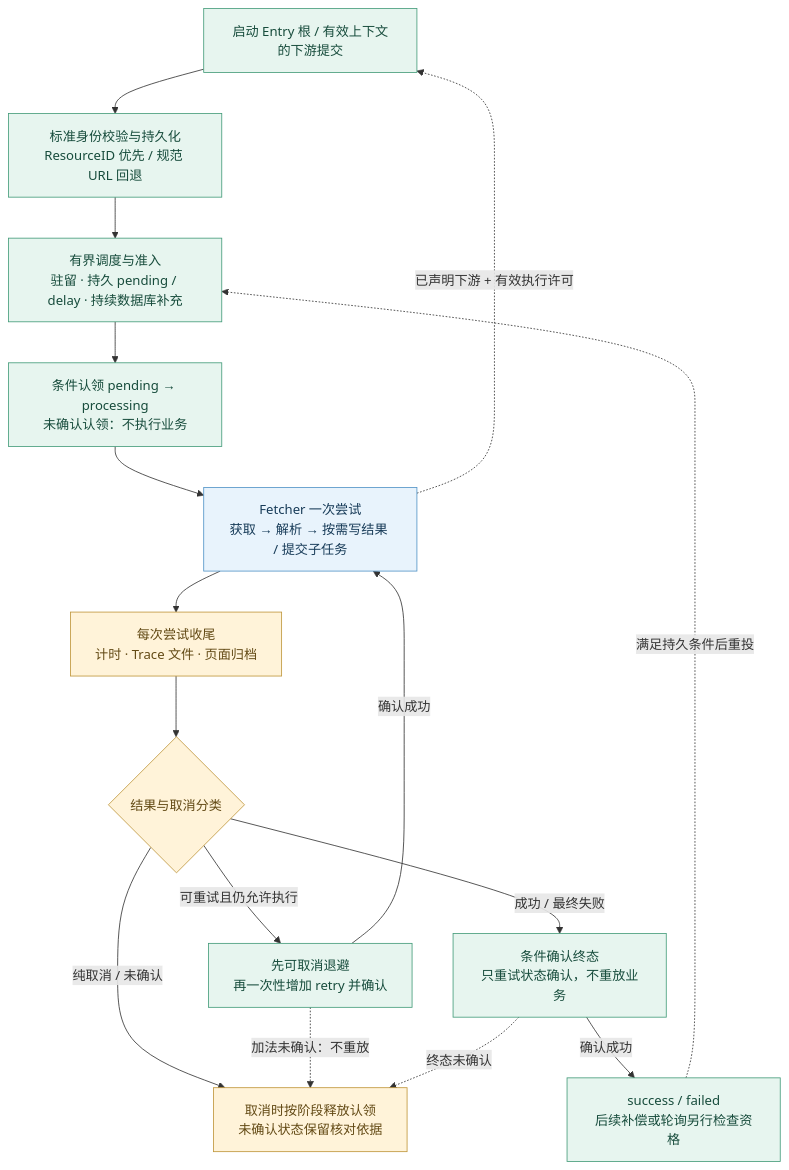
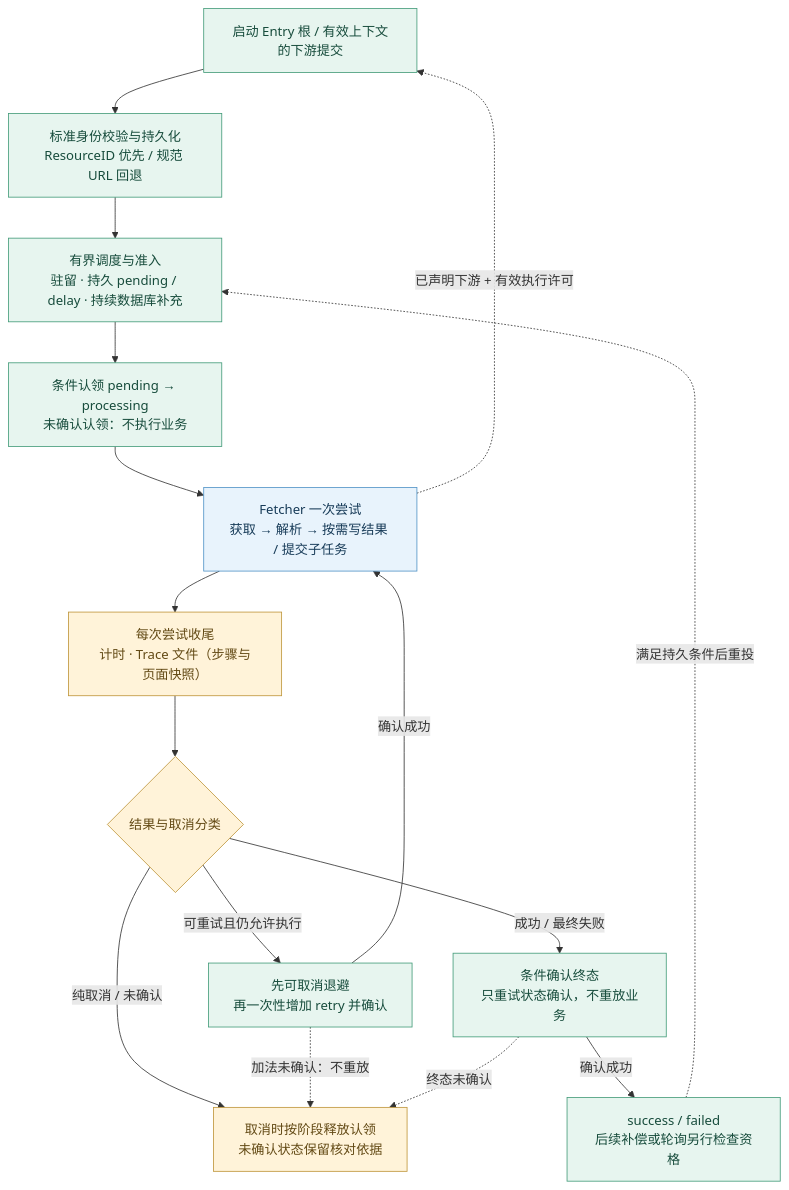
The diagram in docs/assets/diagrams/03-task-loop.mmd (ydtg1993/papa), drawn with Mermaid before and after one commit. The commit also changed 196 other files, not shown here.

```diff
--- a/docs/assets/diagrams/03-task-loop.mmd
+++ b/docs/assets/diagrams/03-task-loop.mmd
@@ -1,22 +1,22 @@
 flowchart TB
     A["启动 Entry 根 / 有效上下文的下游提交"] --> B["标准身份校验与持久化<br/>ResourceID 优先 / 规范 URL 回退"]
     B --> C["有界调度与准入<br/>驻留 · 持久 pending / delay · 持续数据库补充"]
     C --> D["条件认领 pending → processing<br/>未确认认领：不执行业务"]
     D --> E["Fetcher 一次尝试<br/>获取 → 解析 → 按需写结果 / 提交子任务"]
-    E --> F["每次尝试收尾<br/>计时 · Trace 文件 · 页面归档"]
+    E --> F["每次尝试收尾<br/>计时 · Trace 文件（步骤与页面快照）"]
     F --> H{"结果与取消分类"}
     H -->|可重试且仍允许执行| I["先可取消退避<br/>再一次性增加 retry 并确认"]
     I -->|确认成功| E
     H -->|成功 / 最终失败| J["条件确认终态<br/>只重试状态确认，不重放业务"]
     H -->|纯取消 / 未确认| K["取消时按阶段释放认领<br/>未确认状态保留核对依据"]
     I -.->|加法未确认：不重放| K
     J -.->|终态未确认| K
     E -.->|已声明下游 + 有效执行许可| A
     J -->|确认成功| L["success / failed<br/>后续补偿或轮询另行检查资格"]
     L -.->|满足持久条件后重投| C
     classDef runtime fill:#e7f5ef,color:#174c3c,stroke:#449c7a;
     classDef business fill:#e8f3fc,color:#173b58,stroke:#5294c7;
     classDef observe fill:#fff3d9,color:#634a15,stroke:#bf963b;
     class A,B,C,D,I,J,L runtime;
     class E business;
     class F,H,K observe;
```
